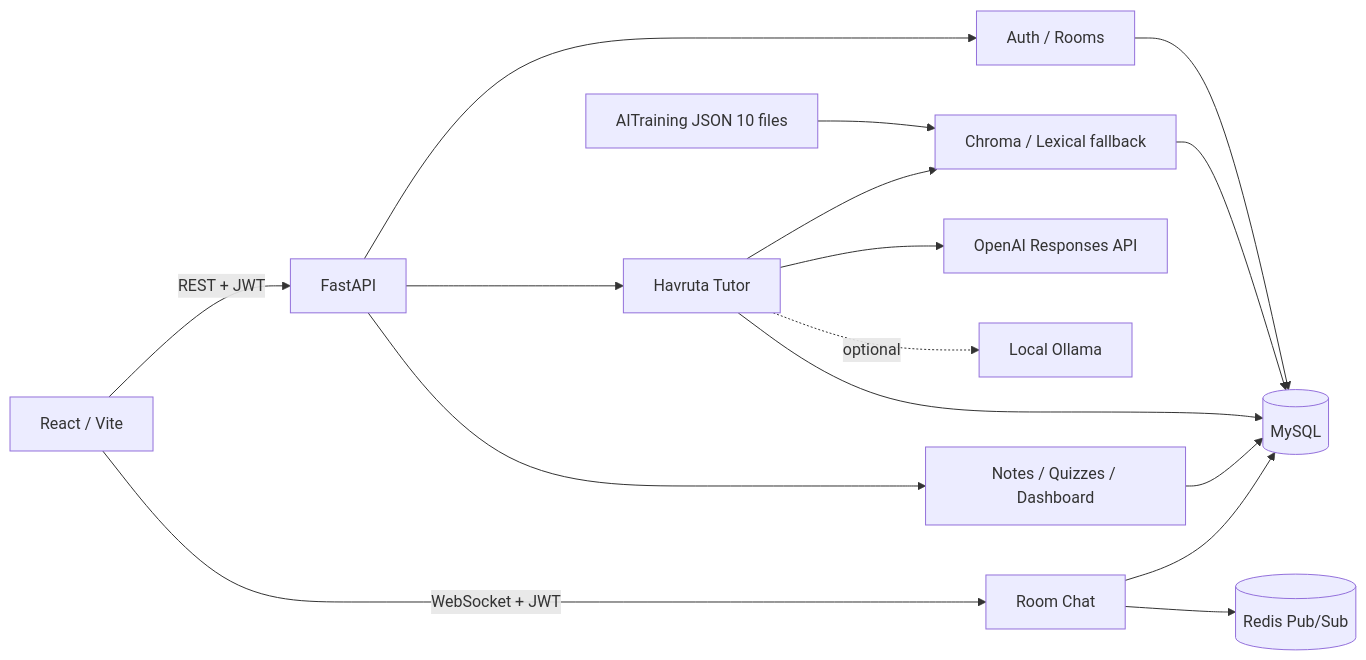
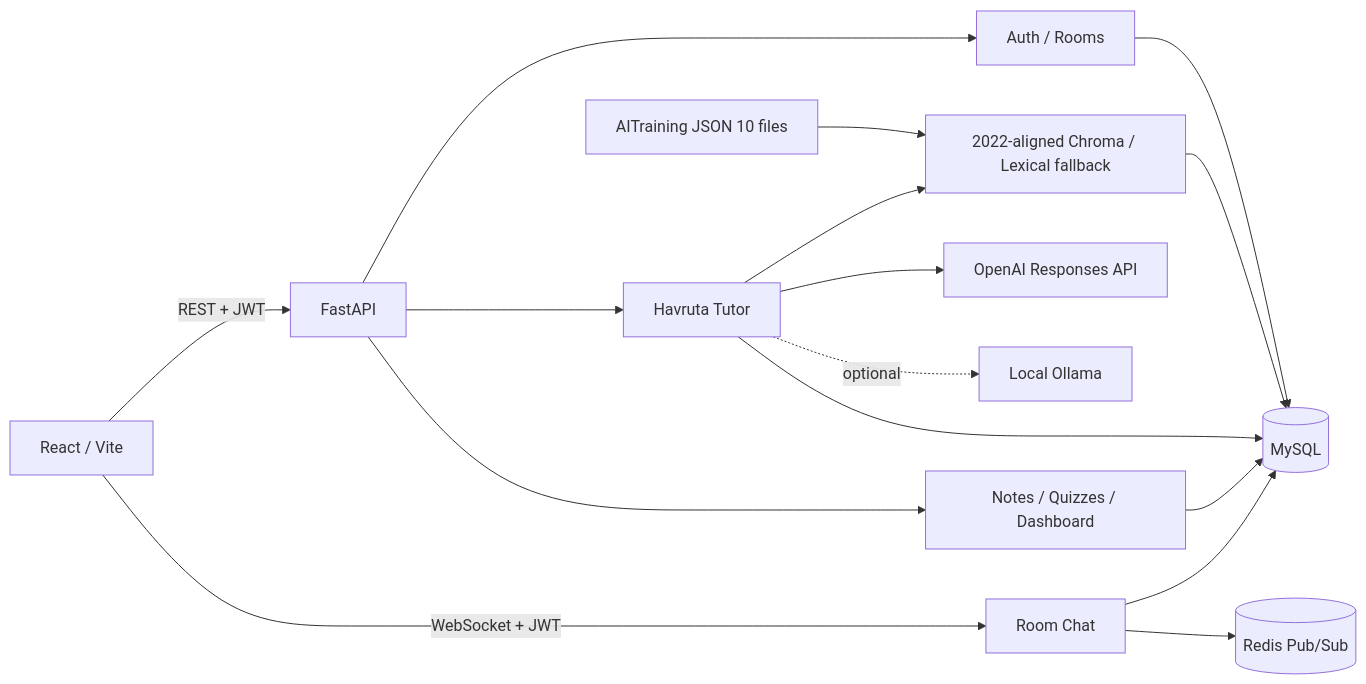
Before and after one commit to 20211400jiho/havruta-ai-tutor: the diagram in README.md, drawn with Mermaid. The commit also changed other lines of this file and 42 other files, not shown here.

````diff
--- a/README.md
+++ b/README.md
@@ -34,18 +34,18 @@
 ```mermaid
 flowchart LR
     Browser[React / Vite] -->|REST + JWT| API[FastAPI]
     Browser -->|WebSocket + JWT| WS[Room Chat]
     API --> Auth[Auth / Rooms]
     API --> Tutor[Havruta Tutor]
     API --> Content[Notes / Quizzes / Dashboard]
-    Tutor --> RAG[Chroma / Lexical fallback]
+    Tutor --> RAG[2022-aligned Chroma / Lexical fallback]
     Tutor --> OpenAI[OpenAI Responses API]
     Tutor -. optional .-> Ollama[Local Ollama]
     Auth --> DB[(MySQL)]
     Tutor --> DB
     Content --> DB
     WS --> DB
     WS --> Redis[(Redis Pub/Sub)]
     RAG --> DB
     JSON[AITraining JSON 10 files] --> RAG
 ```
````
